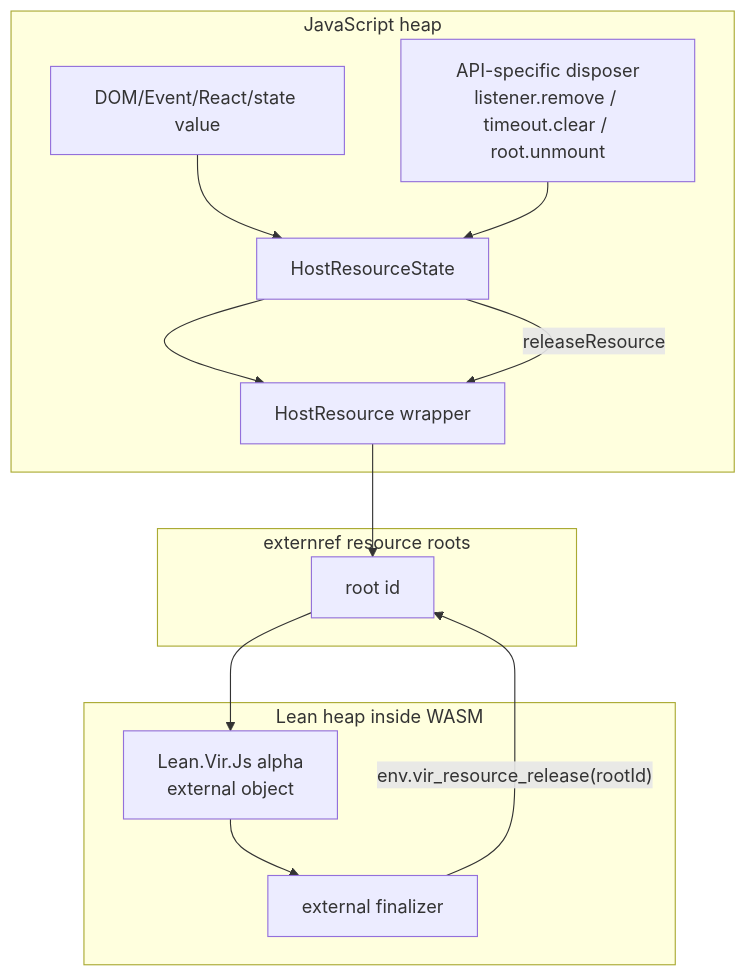
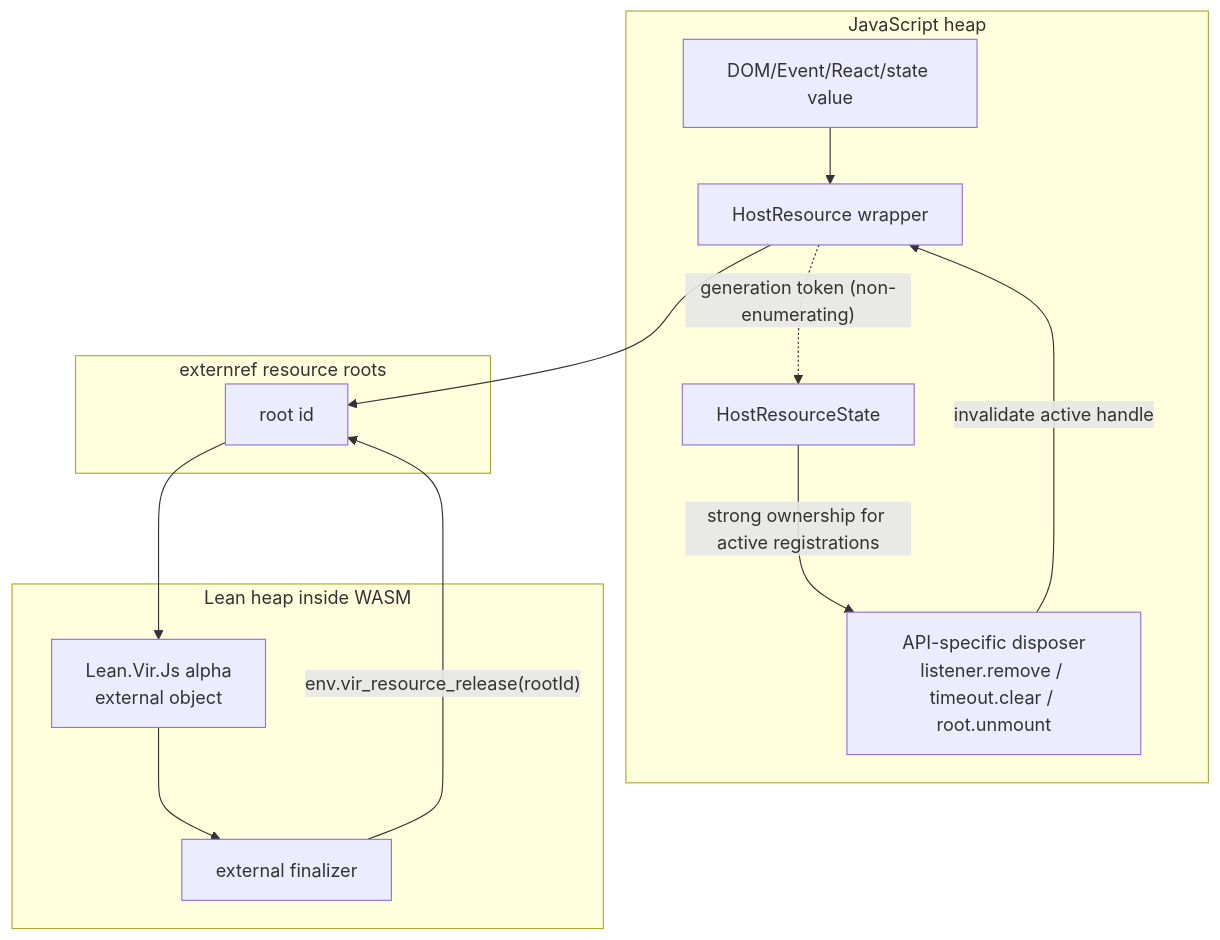
Before and after one commit to ejgallego/lean-vir: the third of 5 diagrams in docs/DEVELOPER_GUIDE.md, drawn with Mermaid. The commit also changed other lines of this file and 51 other files, not shown here.

Commit message:
fix: make foreign resource lifetimes ownership-safe

````diff
--- a/docs/DEVELOPER_GUIDE.md
+++ b/docs/DEVELOPER_GUIDE.md
@@ -158,27 +166,27 @@
 ```mermaid
 flowchart TD
     subgraph JS["JavaScript heap"]
         Value["DOM/Event/React/state value"]
         Resource["HostResource wrapper"]
         Store["HostResourceState"]
         Disposer["API-specific disposer\nlistener.remove / timeout.clear / root.unmount"]
     end
 
     subgraph Externref["externref resource roots"]
         RootId["root id"]
     end
 
     subgraph Lean["Lean heap inside WASM"]
         Handle["Lean.Vir.Js alpha\nexternal object"]
         Finalizer["external finalizer"]
     end
 
-    Value --> Store
-    Store --> Resource
+    Value --> Resource
     Resource --> RootId
     RootId --> Handle
     Handle --> Finalizer
     Finalizer -->|"env.vir_resource_release(rootId)"| RootId
-    Disposer --> Store
-    Store -->|"releaseResource"| Resource
+    Resource -.->|"generation token (non-enumerating)"| Store
+    Store -->|"strong ownership for active registrations"| Disposer
+    Disposer -->|"invalidate active handle"| Resource
 ```
````
